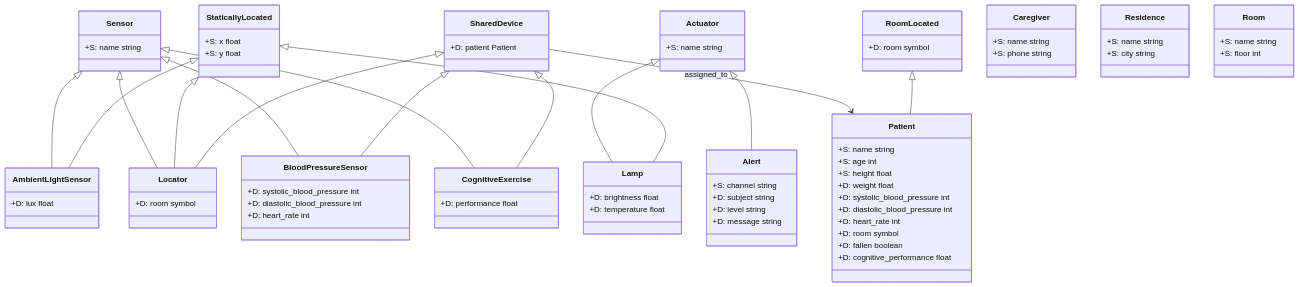
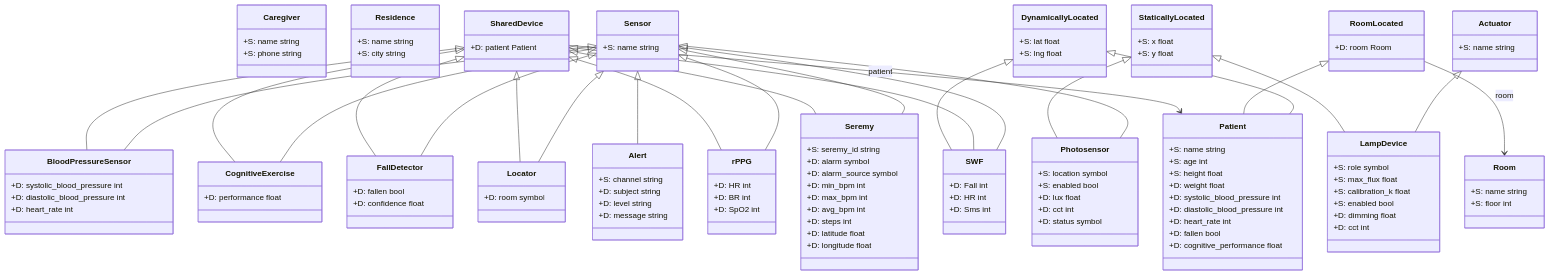
The diagram in classes/README.md (pstlab/ERMES), drawn with Mermaid before and after one commit. The commit also changed other lines of this file, not shown here.

Commit message:
docs: align class diagram with current class definitions

````diff
--- a/classes/README.md
+++ b/classes/README.md
@@ -16,65 +17,13 @@
 		+D: systolic_blood_pressure int
 		+D: diastolic_blood_pressure int
 		+D: heart_rate int
-        +D: room symbol
-        +D: fallen boolean
-        +D: cognitive_performance float
-	}
-
-	class Sensor {
-        +S: name string
-    }
-
-	class Actuator {
-        +S: name string
-    }
-
-	class StaticallyLocated {
-		+S: x float
-		+S: y float
-	}
-
-	class RoomLocated {
-		+D: room symbol
-	}
-
-	class SharedDevice {
-		+D: patient Patient
-	}
-
-	class AmbientLightSensor {
-		+D: lux float
-	}
-
-	class BloodPressureSensor {
-		+D: systolic_blood_pressure int
-		+D: diastolic_blood_pressure int
-		+D: heart_rate int
-	}
-
-	class Locator {
-		+D: room symbol
-	}
-
-	class Alert {
-		+S: channel string
-		+D: subject string
-		+D: level string
-		+D: message string
+		+D: fallen bool
+		+D: cognitive_performance float
 	}
 
 	class Caregiver {
 		+S: name string
 		+S: phone string
-	}
-
-	class CognitiveExercise {
-		+D: performance float
-	}
-
-	class Lamp {
-		+D: brightness float
-		+D: temperature float
 	}
 
 	class Residence {
@@ -87,22 +36,127 @@
 		+S: floor int
 	}
 
-	Sensor <|-- AmbientLightSensor
-	Sensor <|-- Locator
+	class Sensor {
+		+S: name string
+	}
+
+	class Actuator {
+		+S: name string
+	}
+
+	class StaticallyLocated {
+		+S: x float
+		+S: y float
+	}
+
+	class DynamicallyLocated {
+		+S: lat float
+		+S: lng float
+	}
+
+	class RoomLocated {
+		+D: room Room
+	}
+
+	class SharedDevice {
+		+D: patient Patient
+	}
+
+	class BloodPressureSensor {
+		+D: systolic_blood_pressure int
+		+D: diastolic_blood_pressure int
+		+D: heart_rate int
+	}
+
+	class CognitiveExercise {
+		+D: performance float
+	}
+
+	class FallDetector {
+		+D: fallen bool
+		+D: confidence float
+	}
+
+	class Locator {
+		+D: room symbol
+	}
+
+	class rPPG {
+		+D: HR int
+		+D: BR int
+		+D: SpO2 int
+	}
+
+	class SWF {
+		+D: Fall int
+		+D: HR int
+		+D: Sms int
+	}
+
+	class Seremy {
+		+S: seremy_id string
+		+D: alarm symbol
+		+D: alarm_source symbol
+		+D: min_bpm int
+		+D: max_bpm int
+		+D: avg_bpm int
+		+D: steps int
+		+D: latitude float
+		+D: longitude float
+	}
+
+	class Photosensor {
+		+S: location symbol
+		+S: enabled bool
+		+D: lux float
+		+D: cct int
+		+D: status symbol
+	}
+
+	class LampDevice {
+		+S: role symbol
+		+S: max_flux float
+		+S: calibration_k float
+		+S: enabled bool
+		+D: dimming float
+		+D: cct int
+	}
+
+	class Alert {
+		+S: channel string
+		+D: subject string
+		+D: level string
+		+D: message string
+	}
+
 	Sensor <|-- BloodPressureSensor
 	Sensor <|-- CognitiveExercise
+	Sensor <|-- FallDetector
+	Sensor <|-- Locator
+	Sensor <|-- rPPG
+	Sensor <|-- SWF
+	Sensor <|-- Seremy
+	Sensor <|-- Photosensor
+	Sensor <|-- Alert
 
-    Actuator <|-- Lamp
-    Actuator <|-- Alert
+	Actuator <|-- LampDevice
 
-	StaticallyLocated <|-- AmbientLightSensor
-	StaticallyLocated <|-- Lamp
-	StaticallyLocated <|-- Locator
-
-	SharedDevice --> Patient : assigned_to
 	SharedDevice <|-- BloodPressureSensor
 	SharedDevice <|-- CognitiveExercise
+	SharedDevice <|-- FallDetector
 	SharedDevice <|-- Locator
+	SharedDevice <|-- rPPG
+	SharedDevice <|-- SWF
+	SharedDevice <|-- Seremy
 
-    RoomLocated <|-- Patient
+	StaticallyLocated <|-- Photosensor
+	StaticallyLocated <|-- LampDevice
+
+	DynamicallyLocated <|-- Patient
+	DynamicallyLocated <|-- SWF
+
+	RoomLocated <|-- Patient
+
+	SharedDevice --> Patient : patient
+	RoomLocated --> Room : room
 ```
````
